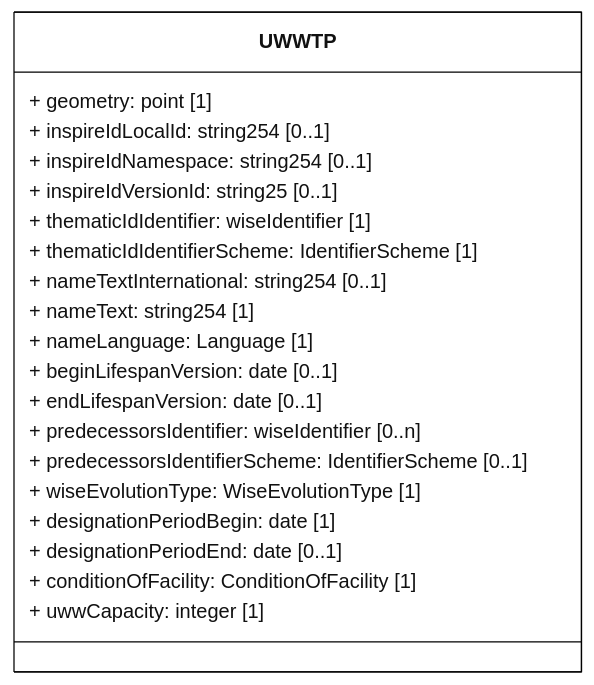
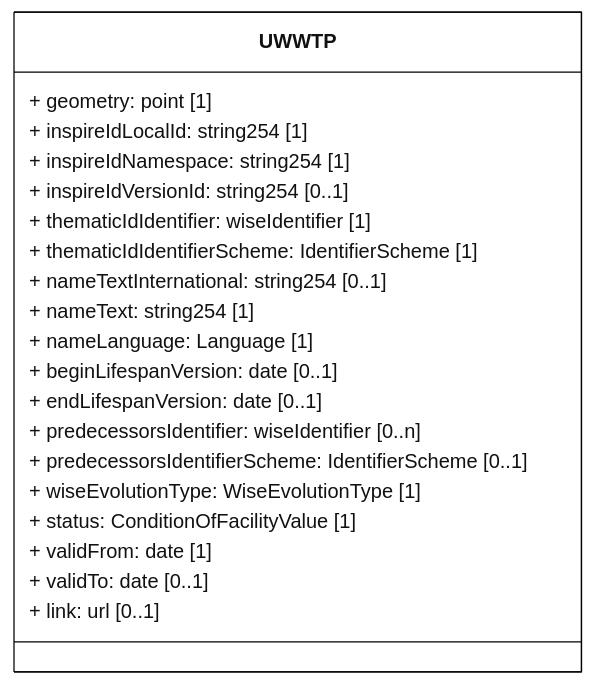
One commit to eeadata/WISE.UWWTD.Documentation changed the diagram in docs/rUWWTD2024/SpatialPoints/mmd/SpatialPoints_UWWTP_ClassDiagram.mmd. Above: the diagram before and after it, drawn with Mermaid. The commit also changed 14 other files, not shown here.

First line of the commit message:
Align the spatial points tables with the UML diagram of 16 November 2026

```diff
--- a/docs/rUWWTD2024/SpatialPoints/mmd/SpatialPoints_UWWTP_ClassDiagram.mmd
+++ b/docs/rUWWTD2024/SpatialPoints/mmd/SpatialPoints_UWWTP_ClassDiagram.mmd
@@ -1,32 +1,32 @@
 ---
 config:
   class:
     hideEmptyMembersBox: true
   layout: dagre
   theme: neutral
 ---
 classDiagram
 direction LR
 class UWWTP {
     + geometry: point [1]
-    + inspireIdLocalId: string254 [0..1]
-    + inspireIdNamespace: string254 [0..1]
-    + inspireIdVersionId: string25 [0..1]
+    + inspireIdLocalId: string254 [1]
+    + inspireIdNamespace: string254 [1]
+    + inspireIdVersionId: string254 [0..1]
     + thematicIdIdentifier: wiseIdentifier [1]
     + thematicIdIdentifierScheme: IdentifierScheme [1]
     + nameTextInternational: string254 [0..1]
     + nameText: string254 [1]
     + nameLanguage: Language [1]
     + beginLifespanVersion: date [0..1]
     + endLifespanVersion: date [0..1]
     + predecessorsIdentifier: wiseIdentifier [0..n]
     + predecessorsIdentifierScheme: IdentifierScheme [0..1]
     + wiseEvolutionType: WiseEvolutionType [1]
-    + designationPeriodBegin: date [1]
-    + designationPeriodEnd: date [0..1]
-    + conditionOfFacility: ConditionOfFacility [1]
-    + uwwCapacity: integer [1]
+    + status: ConditionOfFacilityValue [1]
+    + validFrom: date [1]
+    + validTo: date [0..1]
+    + link: url [0..1]
 }
 
 classDef default fill:white,stroke:#000;
 classDef forFixing fill:white,stroke:#f00;
```
